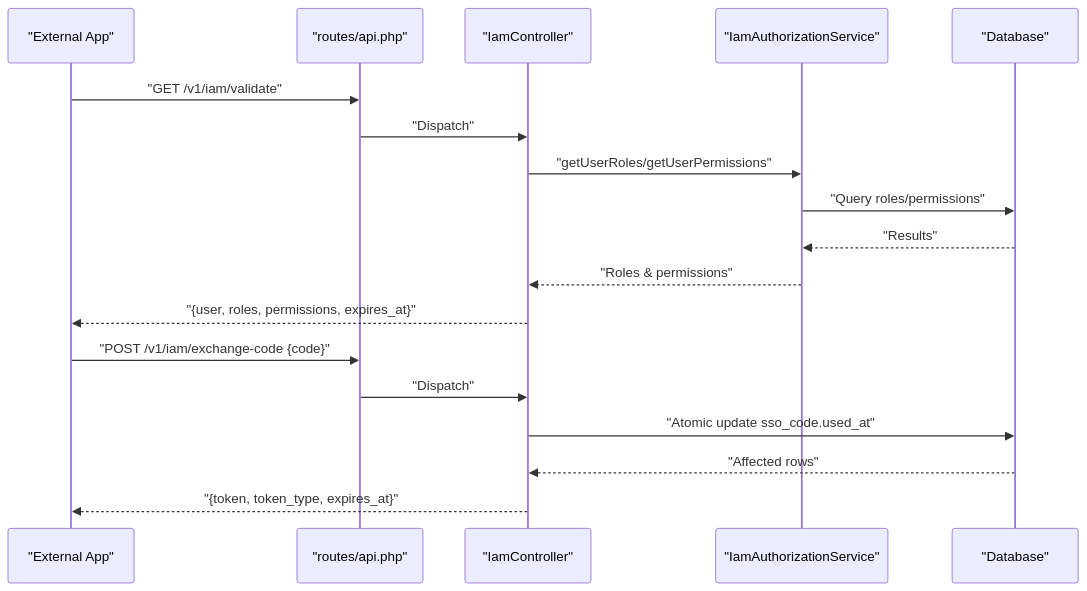
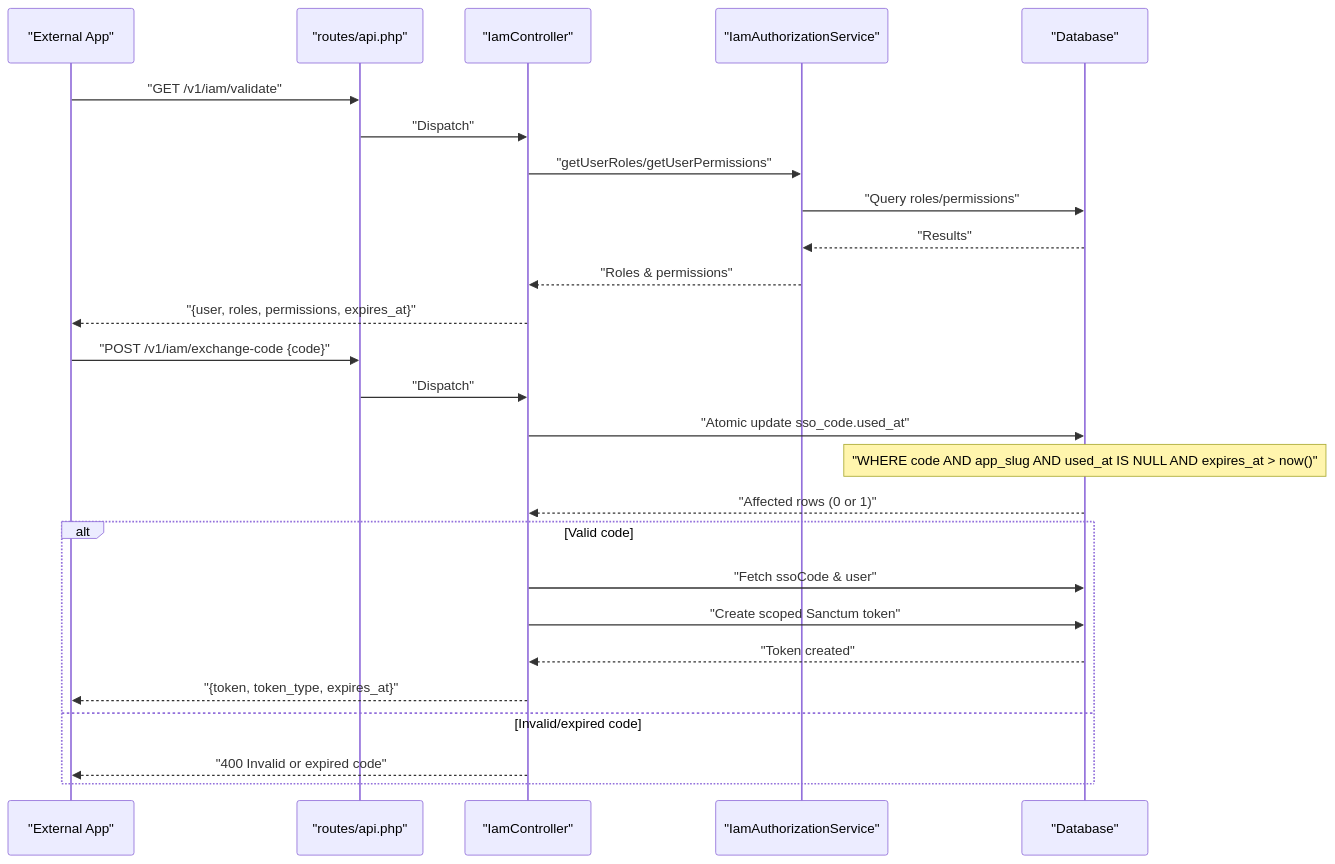
The fourth of 6 diagrams in .qoder/repowiki/en/content/Backend Architecture/Controller Layer/API Controllers.md (PA-Penajam/kepegawaian_apps), drawn with Mermaid before and after one commit. The commit also changed other lines of this file and 13 other files, not shown here.

````diff
--- a/.qoder/repowiki/en/content/Backend Architecture/Controller Layer/API Controllers.md
+++ b/.qoder/repowiki/en/content/Backend Architecture/Controller Layer/API Controllers.md
@@ -218,20 +260,28 @@
 ```mermaid
 sequenceDiagram
 participant Ext as "External App"
 participant API as "routes/api.php"
 participant IAM as "IamController"
 participant Auth as "IamAuthorizationService"
 participant DB as "Database"
 Ext->>API : "GET /v1/iam/validate"
 API->>IAM : "Dispatch"
 IAM->>Auth : "getUserRoles/getUserPermissions"
 Auth->>DB : "Query roles/permissions"
 DB-->>Auth : "Results"
 Auth-->>IAM : "Roles & permissions"
 IAM-->>Ext : "{user, roles, permissions, expires_at}"
 Ext->>API : "POST /v1/iam/exchange-code {code}"
 API->>IAM : "Dispatch"
 IAM->>DB : "Atomic update sso_code.used_at"
-DB-->>IAM : "Affected rows"
+Note over DB : "WHERE code AND app_slug AND used_at IS NULL AND expires_at > now()"
+DB-->>IAM : "Affected rows (0 or 1)"
+alt Valid code
+IAM->>DB : "Fetch ssoCode & user"
+IAM->>DB : "Create scoped Sanctum token"
+DB-->>IAM : "Token created"
 IAM-->>Ext : "{token, token_type, expires_at}"
+else Invalid/expired code
+IAM-->>Ext : "400 Invalid or expired code"
+end
 ```
````
